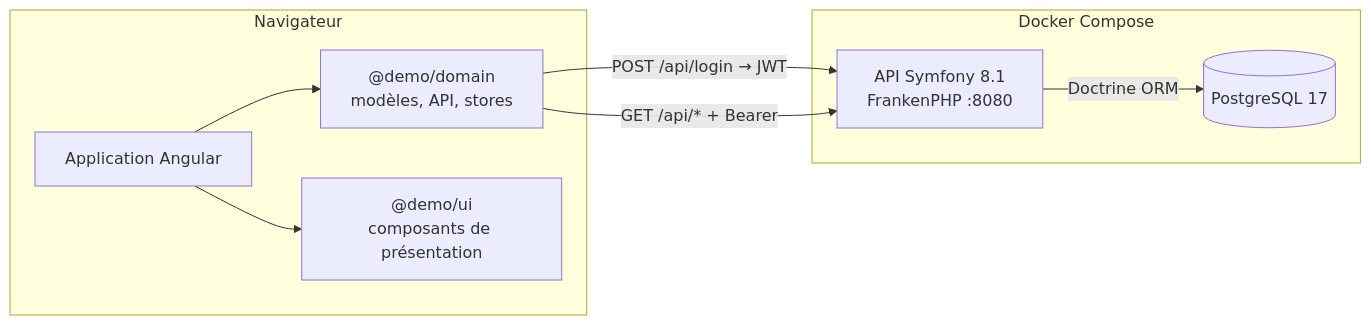
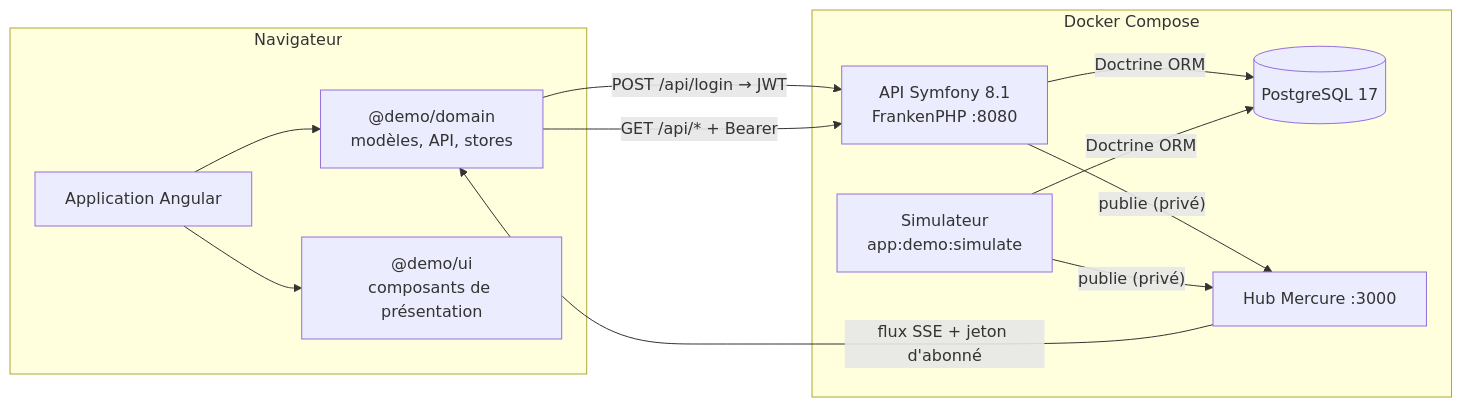
One commit to legrandjerome/demo-supervision-logistique changed the diagram in README.md. Above: the diagram before and after it, drawn with Mermaid. The commit also changed other lines of this file and 64 other files, not shown here.

````diff
--- a/README.md
+++ b/README.md
@@ -21,14 +22,20 @@
 ```mermaid
 flowchart LR
     subgraph Navigateur
         A[Application Angular] --> D["@demo/domain<br/>modèles, API, stores"]
         A --> U["@demo/ui<br/>composants de présentation"]
     end
     subgraph Docker Compose
         B[API Symfony 8.1<br/>FrankenPHP :8080]
         C[(PostgreSQL 17)]
+        M[Hub Mercure :3000]
+        S[Simulateur<br/>app:demo:simulate]
     end
     D -- "POST /api/login → JWT" --> B
     D -- "GET /api/* + Bearer" --> B
     B -- Doctrine ORM --> C
+    S -- Doctrine ORM --> C
+    B -- "publie (privé)" --> M
+    S -- "publie (privé)" --> M
+    M -- "flux SSE + jeton d'abonné" --> D
 ```
````
